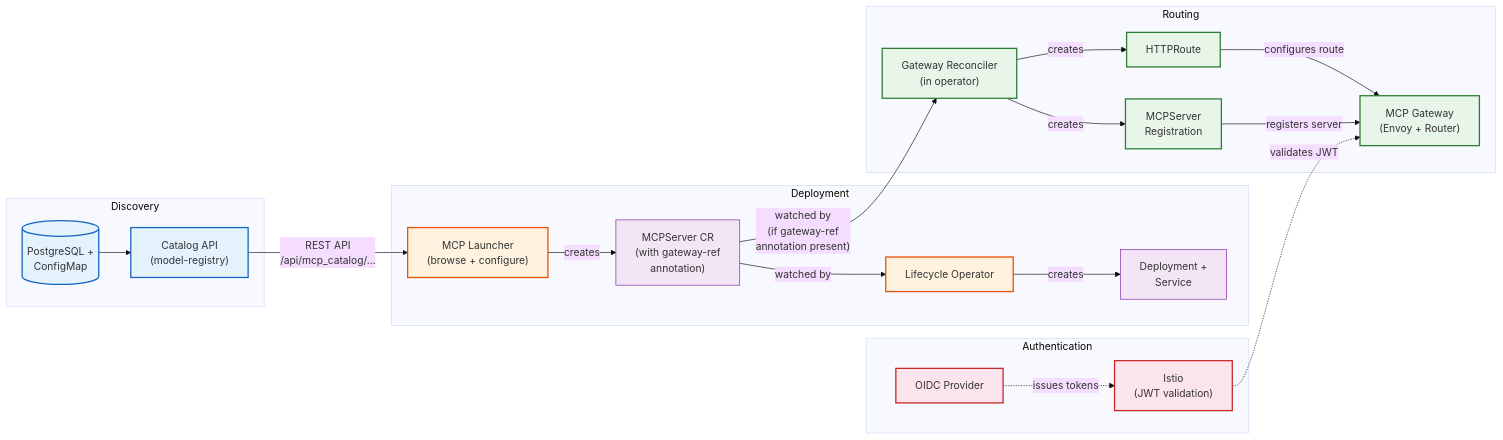
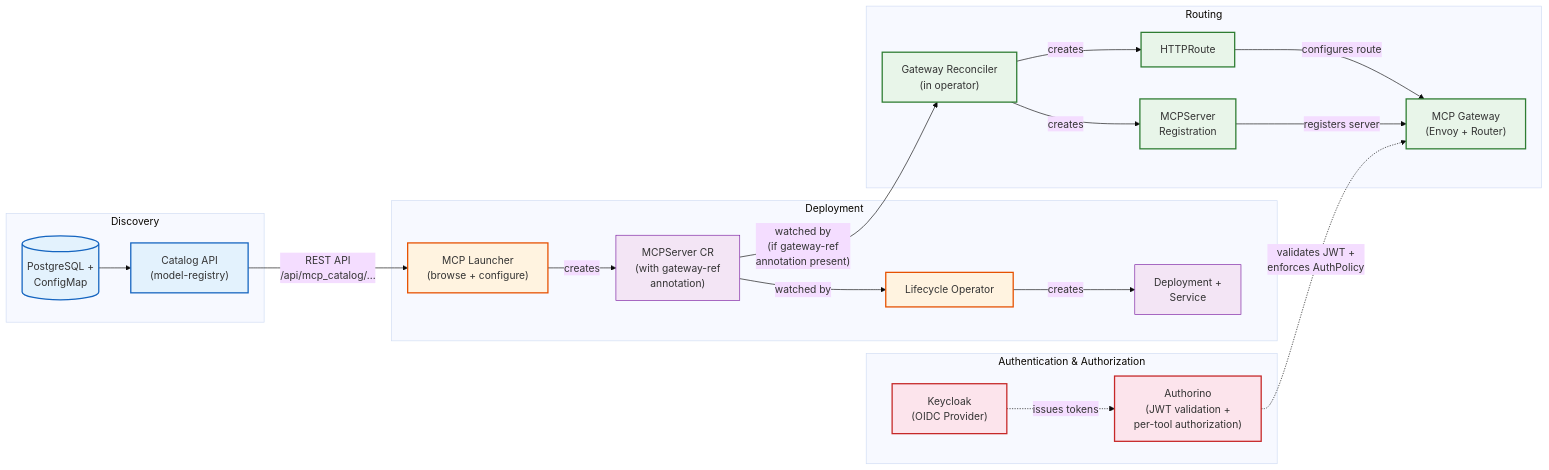
Before and after one commit to jaideepr97/mcp-ecosystem-experimentation: the diagram in docs/diagrams/catalog-to-gateway-pipeline.mermaid, drawn with Mermaid. The commit also changed 35 other files, not shown here.

```diff
--- a/docs/diagrams/catalog-to-gateway-pipeline.mermaid
+++ b/docs/diagrams/catalog-to-gateway-pipeline.mermaid
@@ -1,56 +1,56 @@
 %%{ init: { 'theme': 'base' } }%%
 
 flowchart LR
     subgraph discovery["Discovery"]
         catalog["Catalog API<br/>(model-registry)"]
         sources[("PostgreSQL +<br/>ConfigMap")]
         sources --> catalog
     end
 
     subgraph deployment["Deployment"]
         launcher["MCP Launcher<br/>(browse + configure)"]
         mcpserver["MCPServer CR<br/>(with gateway-ref<br/>annotation)"]
         operator["Lifecycle Operator"]
         deploy["Deployment +<br/>Service"]
     end
 
     subgraph routing["Routing"]
         gw-controller["Gateway Reconciler<br/>(in operator)"]
         httproute["HTTPRoute"]
         registration["MCPServer<br/>Registration"]
         gateway["MCP Gateway<br/>(Envoy + Router)"]
     end
 
-    subgraph auth["Authentication"]
-        oidc["OIDC Provider"]
-        istio["Istio<br/>(JWT validation)"]
+    subgraph auth["Authentication & Authorization"]
+        oidc["Keycloak<br/>(OIDC Provider)"]
+        authorino["Authorino<br/>(JWT validation +<br/>per-tool authorization)"]
     end
 
     %% Pipeline flow
     catalog -->|"REST API<br/>/api/mcp_catalog/..."| launcher
     launcher -->|"creates"| mcpserver
     mcpserver -->|"watched by"| operator
     operator -->|"creates"| deploy
 
     mcpserver -->|"watched by<br/>(if gateway-ref<br/>annotation present)"| gw-controller
     gw-controller -->|"creates"| httproute
     gw-controller -->|"creates"| registration
 
     httproute -->|"configures route"| gateway
     registration -->|"registers server"| gateway
 
-    oidc -.->|"issues tokens"| istio
-    istio -.->|"validates JWT"| gateway
+    oidc -.->|"issues tokens"| authorino
+    authorino -.->|"validates JWT +<br/>enforces AuthPolicy"| gateway
 
     %% Styling
     classDef discoveryStyle fill:#e3f2fd,stroke:#1565C0,stroke-width:2px
     classDef deployStyle fill:#fff3e0,stroke:#E65100,stroke-width:2px
     classDef routeStyle fill:#e8f5e9,stroke:#2E7D32,stroke-width:2px
     classDef authStyle fill:#fce4ec,stroke:#C62828,stroke-width:2px
     classDef crStyle fill:#f3e5f5,stroke:#7B1FA2,stroke-width:1px
 
     class catalog,sources discoveryStyle
     class launcher,operator deployStyle
     class mcpserver,deploy crStyle
     class gw-controller,httproute,registration,gateway routeStyle
-    class oidc,istio authStyle
+    class oidc,authorino authStyle
```
